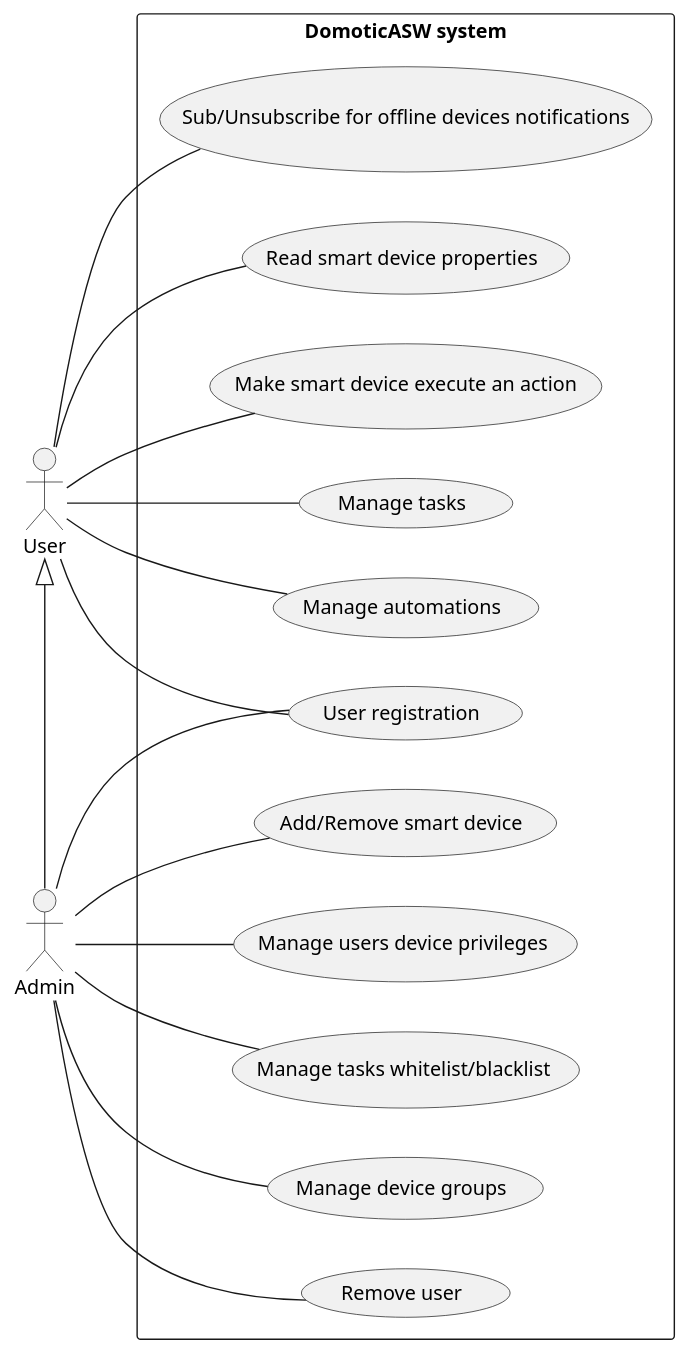
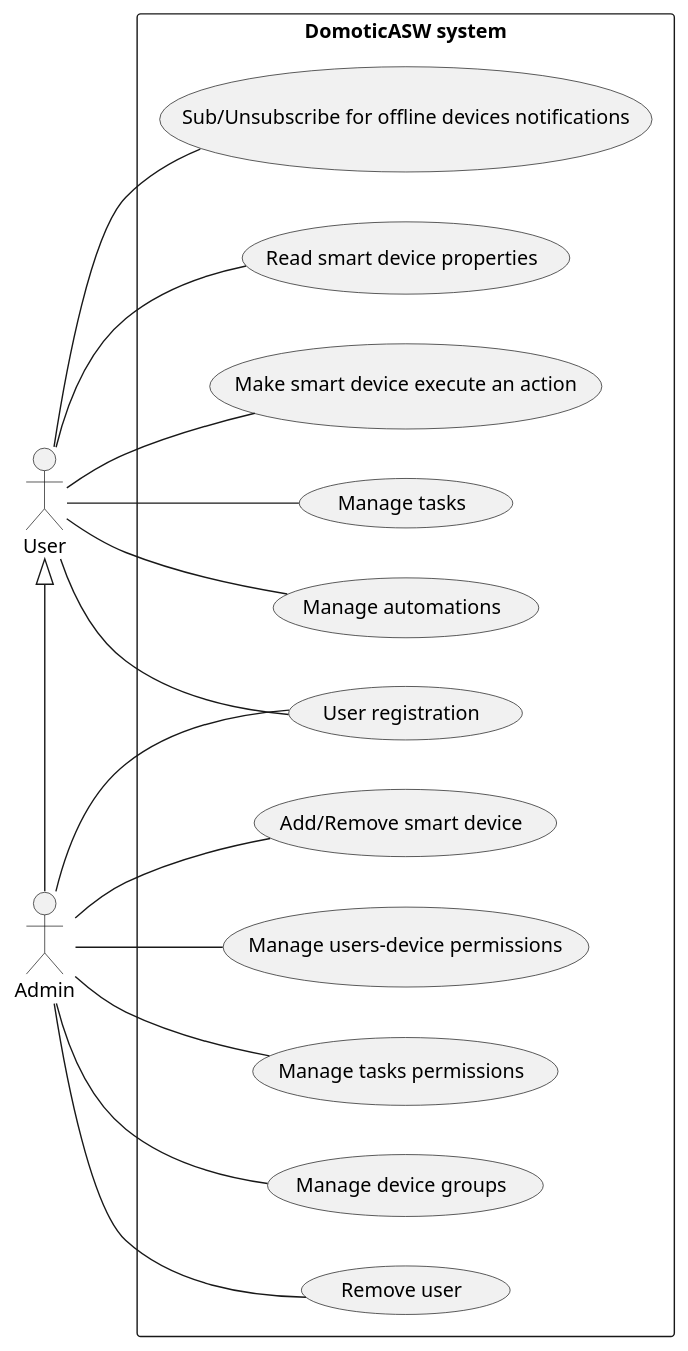
The diagram in diagrams/src/use-case.puml (DomoticASW/.github), drawn with PlantUML before and after one commit. The commit also changed 2 other files, not shown here.

Commit message:
rename privileges into permissions in use-case

```diff
--- a/diagrams/src/use-case.puml
+++ b/diagrams/src/use-case.puml
@@ -1,26 +1,26 @@
 @startuml use-case
 
 left to right direction
 
 actor User
 actor Admin
 
 Admin -l-|> User
 
 rectangle "DomoticASW system" {
     Admin -- (Add/Remove smart device)
-    Admin -- (Manage users device privileges)
-    Admin -- (Manage tasks whitelist/blacklist)
+    Admin -- (Manage users-device permissions)
+    Admin -- (Manage tasks permissions)
     usecase "User registration" as (registration)
     Admin -- (registration)
     User -- (registration)
     Admin -- (Remove user)
     Admin -- (Manage device groups)
     User -- (Read smart device properties)
     User -- (Make smart device execute an action)
     User -- (Manage tasks)
     User -- (Manage automations)
     User -- (Sub/Unsubscribe for offline devices notifications)
 }
 
 @enduml
```
